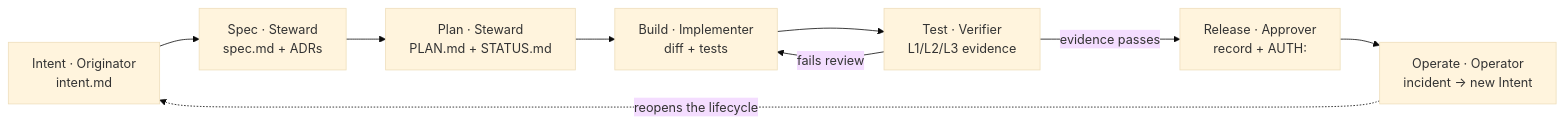
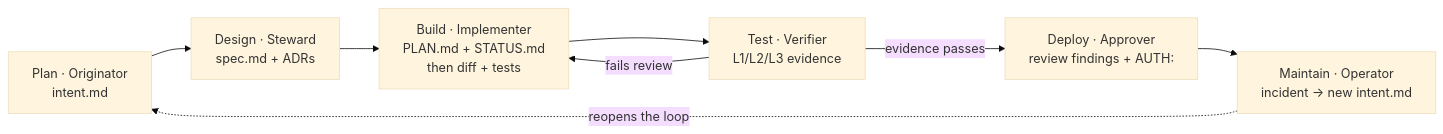
The first of 2 diagrams in README.md (bouroo/agents), drawn with Mermaid (base theme) before and after one commit. The commit also changed other lines of this file and 21 other files, not shown here.

````diff
--- a/README.md
+++ b/README.md
@@ -13,11 +13,10 @@
 ```mermaid
 flowchart LR
-    I["Intent · Originator<br/>intent.md"] --> S["Spec · Steward<br/>spec.md + ADRs"]
-    S --> P["Plan · Steward<br/>PLAN.md + STATUS.md"]
-    P --> B["Build · Implementer<br/>diff + tests"]
+    P["Plan · Originator<br/>intent.md"] --> D["Design · Steward<br/>spec.md + ADRs"]
+    D --> B["Build · Implementer<br/>PLAN.md + STATUS.md<br/>then diff + tests"]
     B --> T["Test · Verifier<br/>L1/L2/L3 evidence"]
     T -->|"fails review"| B
-    T -->|"evidence passes"| R["Release · Approver<br/>record + AUTH:"]
-    R --> O["Operate · Operator<br/>incident → new Intent"]
-    O -.->|"reopens the lifecycle"| I
+    T -->|"evidence passes"| X["Deploy · Approver<br/>review findings + AUTH:"]
+    X --> M["Maintain · Operator<br/>incident → new intent.md"]
+    M -.->|"reopens the loop"| P
 ```
````
